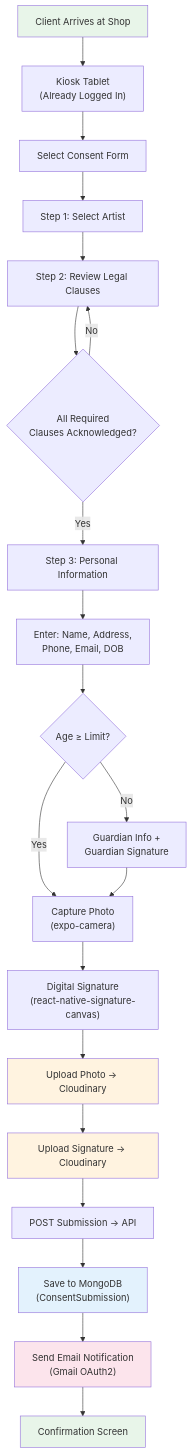
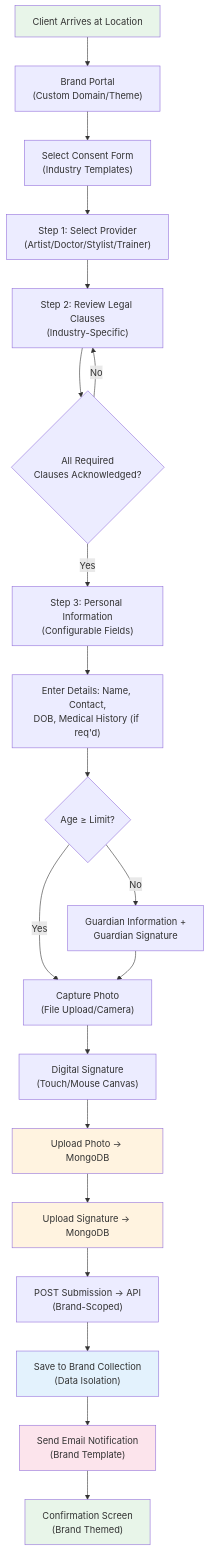
The third of 6 diagrams in architecture/diagrams.md (ruegreen/consent-saas-platform-architecture), drawn with Mermaid before and after one commit. The commit also changed other lines of this file and 5 other files, not shown here.

````diff
--- a/architecture/diagrams.md
+++ b/architecture/diagrams.md
@@ -80,29 +75,29 @@
 ```mermaid
 flowchart TD
-    A["Client Arrives at Shop"] --> B["Kiosk Tablet\n(Already Logged In)"]
-    B --> C["Select Consent Form"]
-    C --> D["Step 1: Select Artist"]
-    D --> E["Step 2: Review Legal Clauses"]
+    A["Client Arrives at Location"] --> B["Brand Portal\n(Custom Domain/Theme)"]
+    B --> C["Select Consent Form\n(Industry Templates)"]
+    C --> D["Step 1: Select Provider\n(Artist/Doctor/Stylist/Trainer)"]
+    D --> E["Step 2: Review Legal Clauses\n(Industry-Specific)"]
     E --> F{"All Required\nClauses Acknowledged?"}
     F -->|No| E
-    F -->|Yes| G["Step 3: Personal Information"]
-    G --> H["Enter: Name, Address,\nPhone, Email, DOB"]
+    F -->|Yes| G["Step 3: Personal Information\n(Configurable Fields)"]
+    G --> H["Enter Details: Name, Contact,\nDOB, Medical History (if req'd)"]
     H --> I{"Age ≥ Limit?"}
-    I -->|No| J["Guardian Info +\nGuardian Signature"]
-    I -->|Yes| K["Capture Photo\n(expo-camera)"]
+    I -->|No| J["Guardian Information +\nGuardian Signature"]
+    I -->|Yes| K["Capture Photo\n(File Upload/Camera)"]
     J --> K
-    K --> L["Digital Signature\n(react-native-signature-canvas)"]
-    L --> M["Upload Photo → Cloudinary"]
-    M --> N["Upload Signature → Cloudinary"]
-    N --> O["POST Submission → API"]
-    O --> P["Save to MongoDB\n(ConsentSubmission)"]
-    P --> Q["Send Email Notification\n(Gmail OAuth2)"]
-    Q --> R["Confirmation Screen"]
+    K --> L["Digital Signature\n(Touch/Mouse Canvas)"]
+    L --> M["Upload Photo → MongoDB"]
+    M --> N["Upload Signature → MongoDB"]
+    N --> O["POST Submission → API\n(Brand-Scoped)"]
+    O --> P["Save to Brand Collection\n(Data Isolation)"]
+    P --> Q["Send Email Notification\n(Brand Template)"]
+    Q --> R["Confirmation Screen\n(Brand Themed)"]
 
     style A fill:#e8f5e9
     style R fill:#e8f5e9
     style M fill:#fff3e0
     style N fill:#fff3e0
     style P fill:#e3f2fd
     style Q fill:#fce4ec
 ```
````
